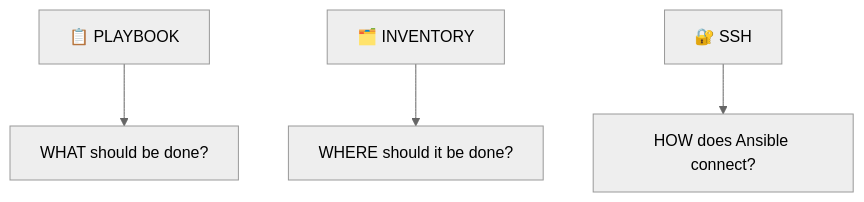
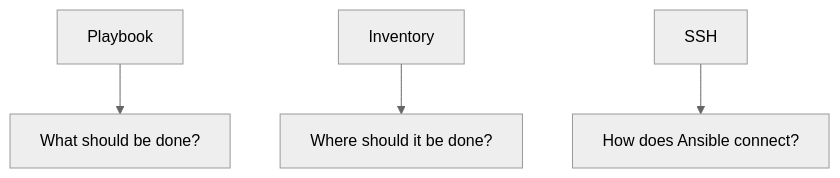
Before and after one commit to Yuvii2102/My-Devops-Cloud-Journey: diagram 13 of 37 in DevOps-Labs-and-Projects/ Day-06 to Day-12/README.md, drawn with Mermaid (neutral theme). The commit also changed other lines of this file, not shown here.

````diff
--- a/DevOps-Labs-and-Projects/ Day-06 to Day-12/README.md
+++ b/DevOps-Labs-and-Projects/ Day-06 to Day-12/README.md
@@ -826,6 +573,6 @@
 ```mermaid
-flowchart TB
-    A["📋 PLAYBOOK"] --> B["WHAT should be done?"]
-    C["🗂️ INVENTORY"] --> D["WHERE should it be done?"]
-    E["🔐 SSH"] --> F["HOW does Ansible connect?"]
+flowchart TD
+    A["Playbook"] --> B["What should be done?"]
+    C["Inventory"] --> D["Where should it be done?"]
+    E["SSH"] --> F["How does Ansible connect?"]
 ```
````
